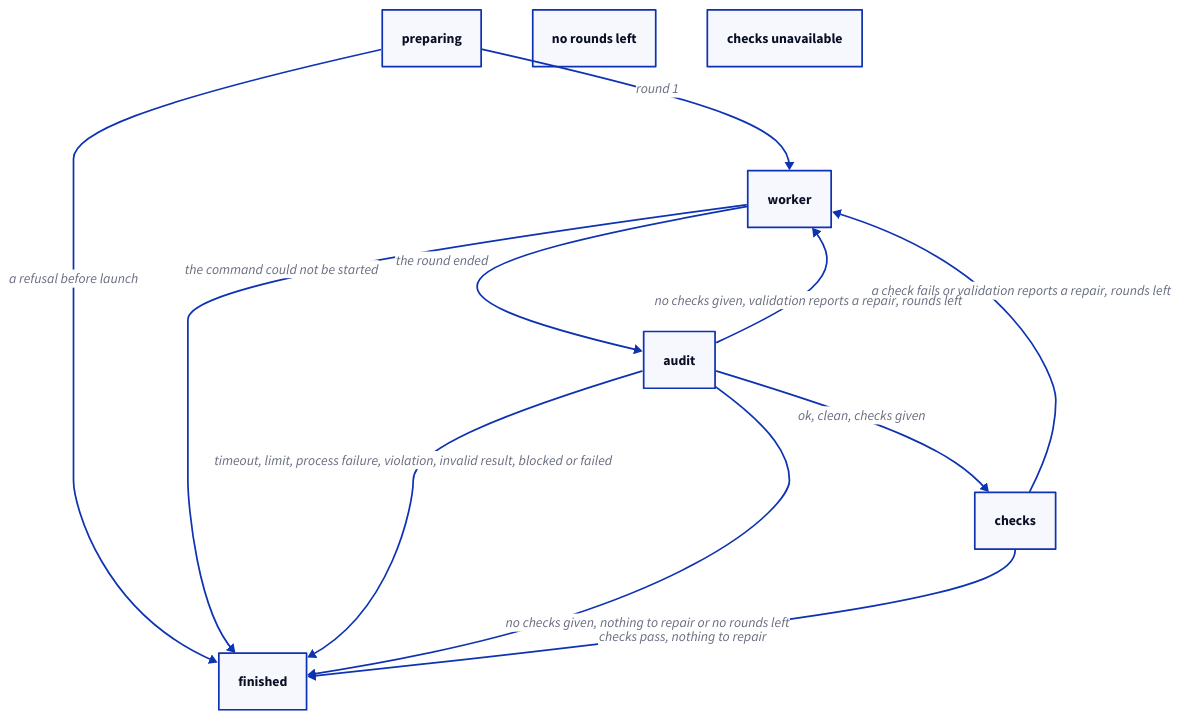
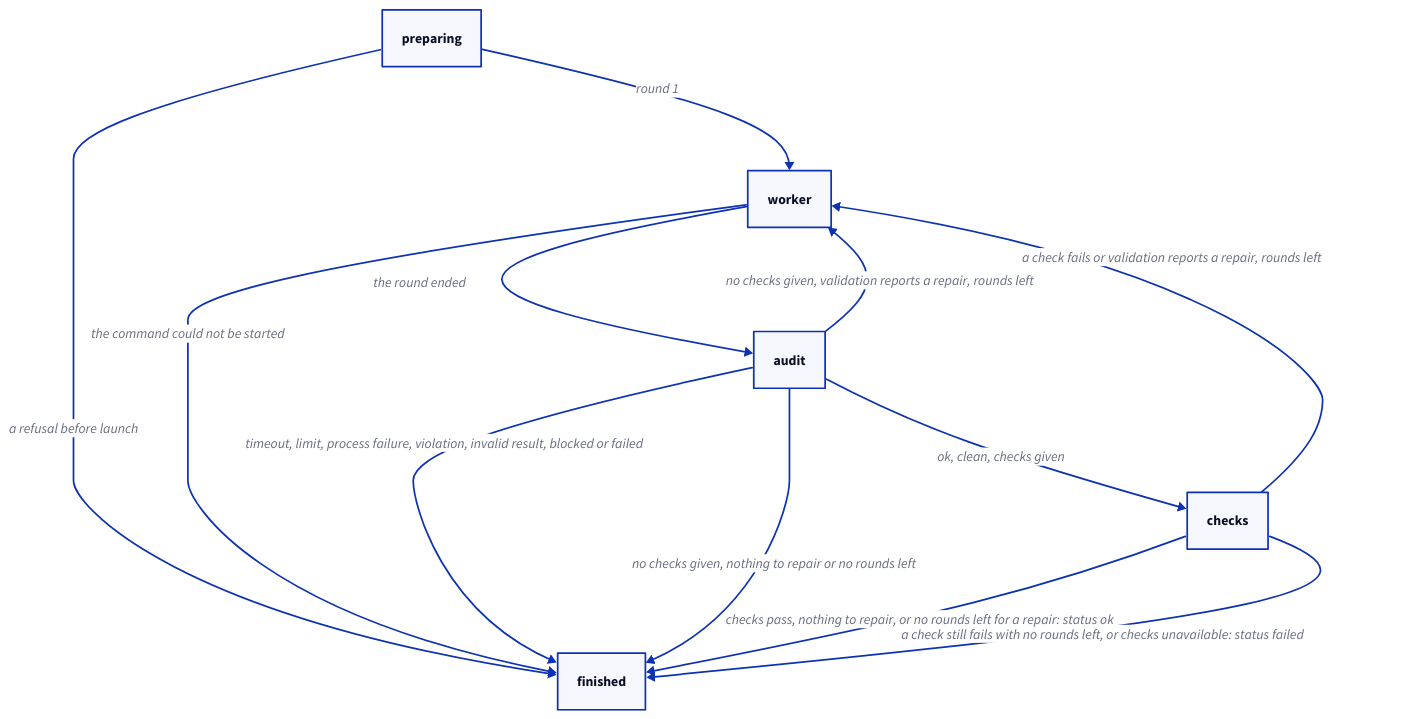
The diagram in specs/concorde/execution/workers/launch.md (FTOD/concorde), drawn with D2 before and after one commit. The commit also changed 1 other file, not shown here.

Commit message:
Execution, Workers: fix the review findings in the new diagrams
Quote the progress diagram's last label, which D2 cut at its first ';' into
two orphan nodes, and split it into the ok and failed ends of the checks
phase. The detaching command's exit 2 names every cause parse and the
worktree lookup refuse, and the runner's lead sentence says that a signal
from the binding check to the execution ends in the composition.

````diff
--- a/specs/concorde/execution/workers/launch.md
+++ b/specs/concorde/execution/workers/launch.md
@@ -83,17 +83,18 @@
 ```d2 illustrative
 preparing
 worker
 audit
 checks
 finished
 preparing -> worker: round 1
 preparing -> finished: a refusal before launch
 worker -> finished: the command could not be started
 worker -> audit: the round ended
 audit -> finished: timeout, limit, process failure, violation, invalid result, blocked or failed
 audit -> checks: ok, clean, checks given
 audit -> worker: no checks given, validation reports a repair, rounds left
 audit -> finished: no checks given, nothing to repair or no rounds left
 checks -> worker: a check fails or validation reports a repair, rounds left
-checks -> finished: checks pass, nothing to repair; no rounds left; checks unavailable
+checks -> finished: "checks pass, nothing to repair, or no rounds left for a repair: status ok"
+checks -> finished: "a check still fails with no rounds left, or checks unavailable: status failed"
 ```
````
